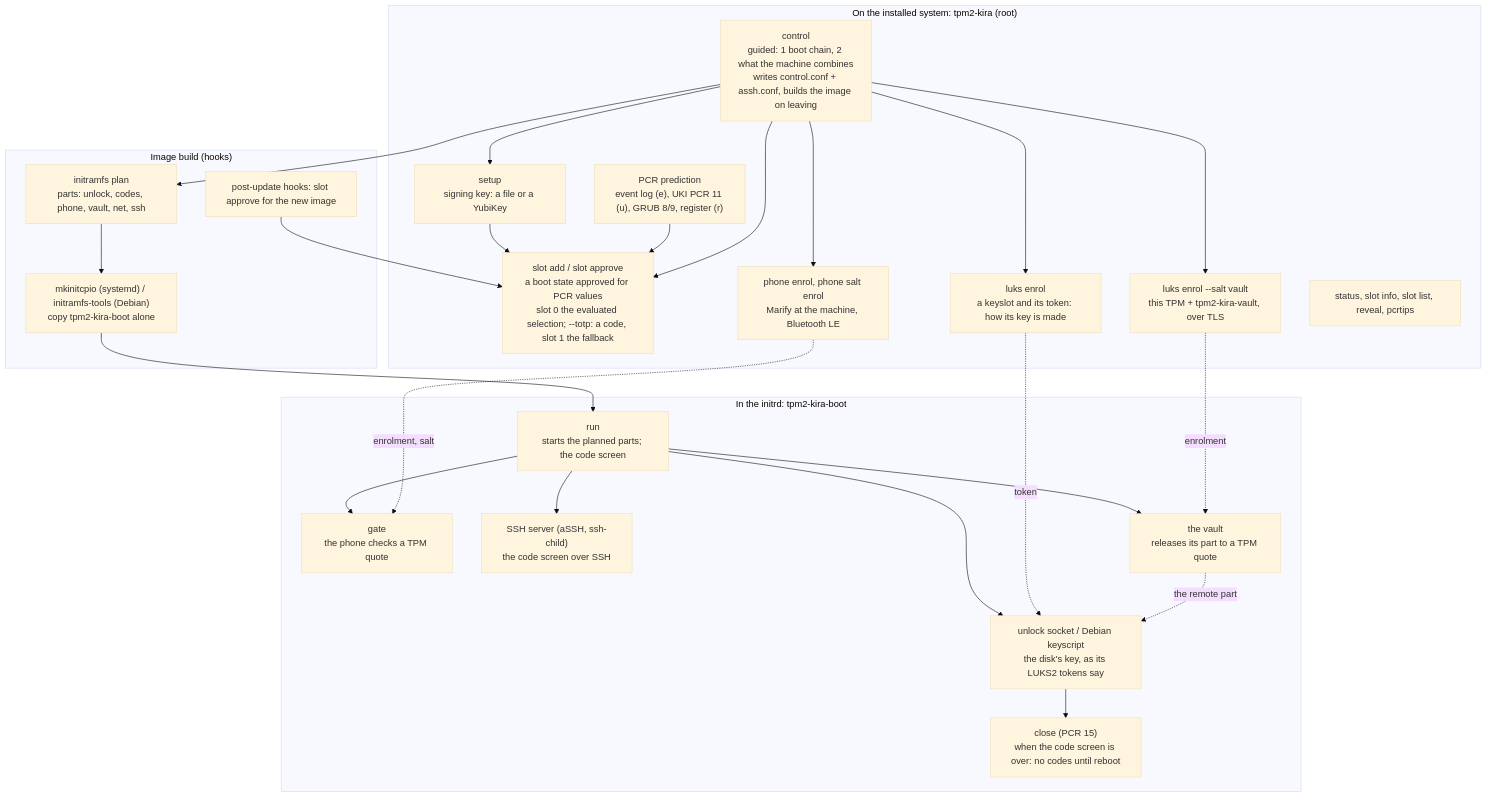
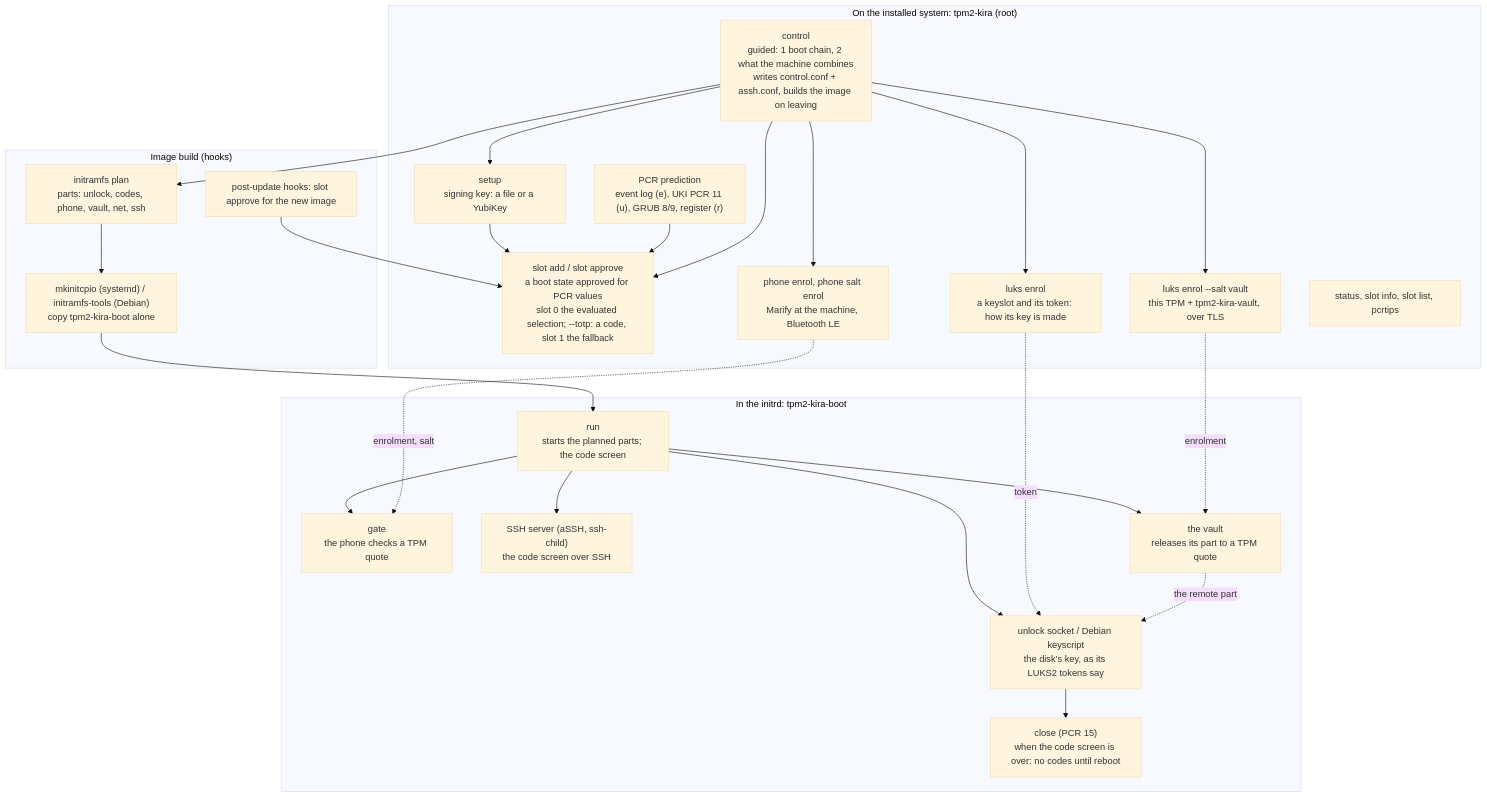
One commit to mrwiora/tpm2-kira changed the first of 5 diagrams in docs/ARCHITECTURE.md. Above: the diagram before and after it, drawn with Mermaid (base theme). The commit also changed other lines of this file and 26 other files, not shown here.

First line of the commit message:
reveal goes: no command shows a code on the running system; slot add shows the first one

````diff
--- a/docs/ARCHITECTURE.md
+++ b/docs/ARCHITECTURE.md
@@ -15,41 +15,41 @@
 ```mermaid
 flowchart TB
   subgraph SETUP["On the installed system: tpm2-kira (root)"]
     CTRL["control<br/>guided: 1 boot chain, 2 what the machine combines<br/>writes control.conf + assh.conf, builds the image on leaving"]
     KEY["setup<br/>signing key: a file or a YubiKey"]
     SEAL["slot add / slot approve<br/>a boot state approved for PCR values<br/>slot 0 the evaluated selection; --totp: a code, slot 1 the fallback"]
     PCR["PCR prediction<br/>event log (e), UKI PCR 11 (u), GRUB 8/9, register (r)"]
     PHONE["phone enrol, phone salt enrol<br/>Marify at the machine, Bluetooth LE"]
     LUKS["luks enrol<br/>a keyslot and its token: how its key is made"]
     VAULT["luks enrol --salt vault<br/>this TPM + tpm2-kira-vault, over TLS"]
-    INSPECT["status, slot info, slot list, reveal, pcrtips"]
+    INSPECT["status, slot info, slot list, pcrtips"]
   end
 
   subgraph BUILD["Image build (hooks)"]
     PLAN["initramfs plan<br/>parts: unlock, codes, phone, vault, net, ssh"]
     HOOKS["mkinitcpio (systemd) / initramfs-tools (Debian)<br/>copy tpm2-kira-boot alone"]
     POST["post-update hooks: slot approve for the new image"]
   end
 
   subgraph BOOT["In the initrd: tpm2-kira-boot"]
     RUN["run<br/>starts the planned parts; the code screen"]
     ATT["gate<br/>the phone checks a TPM quote"]
     SSH["SSH server (aSSH, ssh-child)<br/>the code screen over SSH"]
     VREL["the vault<br/>releases its part to a TPM quote"]
     UNLOCK["unlock socket / Debian keyscript<br/>the disk's key, as its LUKS2 tokens say"]
     CLOSE["close (PCR 15)<br/>when the code screen is over: no codes until reboot"]
   end
 
   KEY --> SEAL
   PCR --> SEAL
   CTRL --> KEY & SEAL & PHONE & LUKS & VAULT
   CTRL --> PLAN --> HOOKS
   POST --> SEAL
   HOOKS --> RUN
   RUN --> ATT & SSH & VREL & UNLOCK
   LUKS -. token .-> UNLOCK
   PHONE -. enrolment, salt .-> ATT
   VAULT -. enrolment .-> VREL
   VREL -. the remote part .-> UNLOCK
   UNLOCK --> CLOSE
 ```
````
